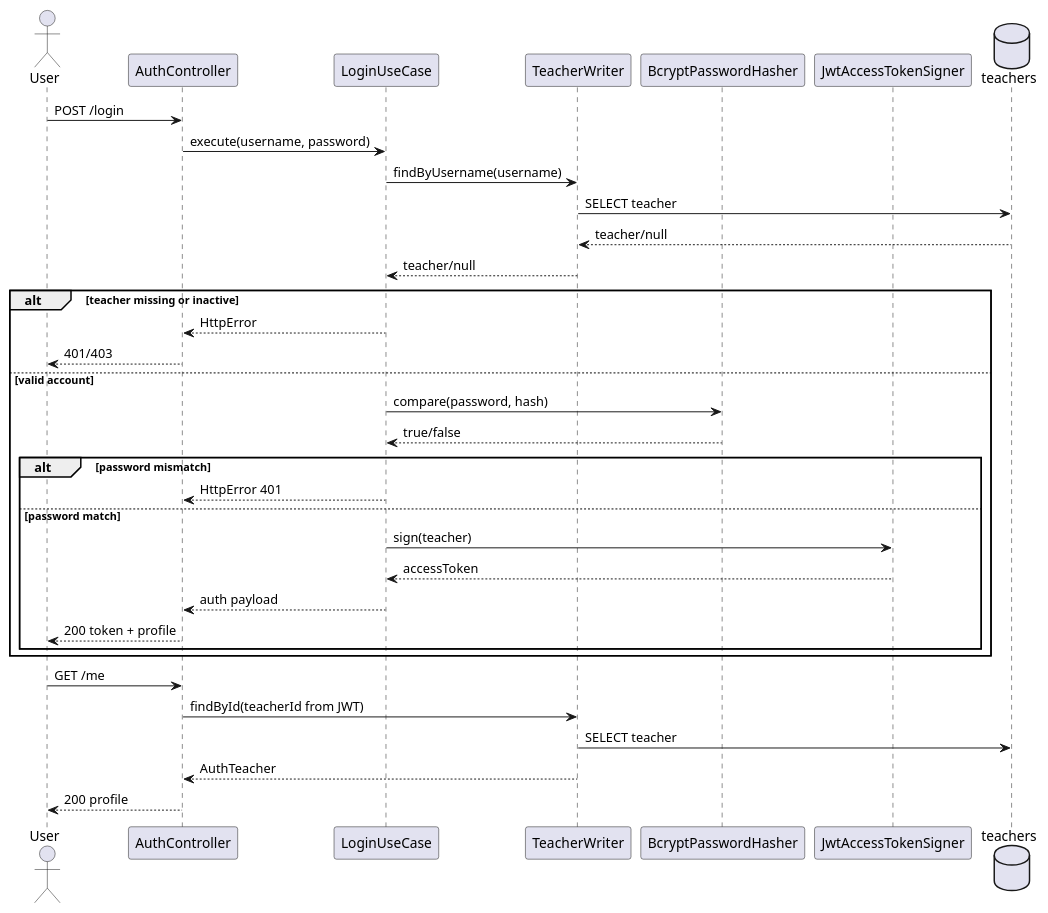
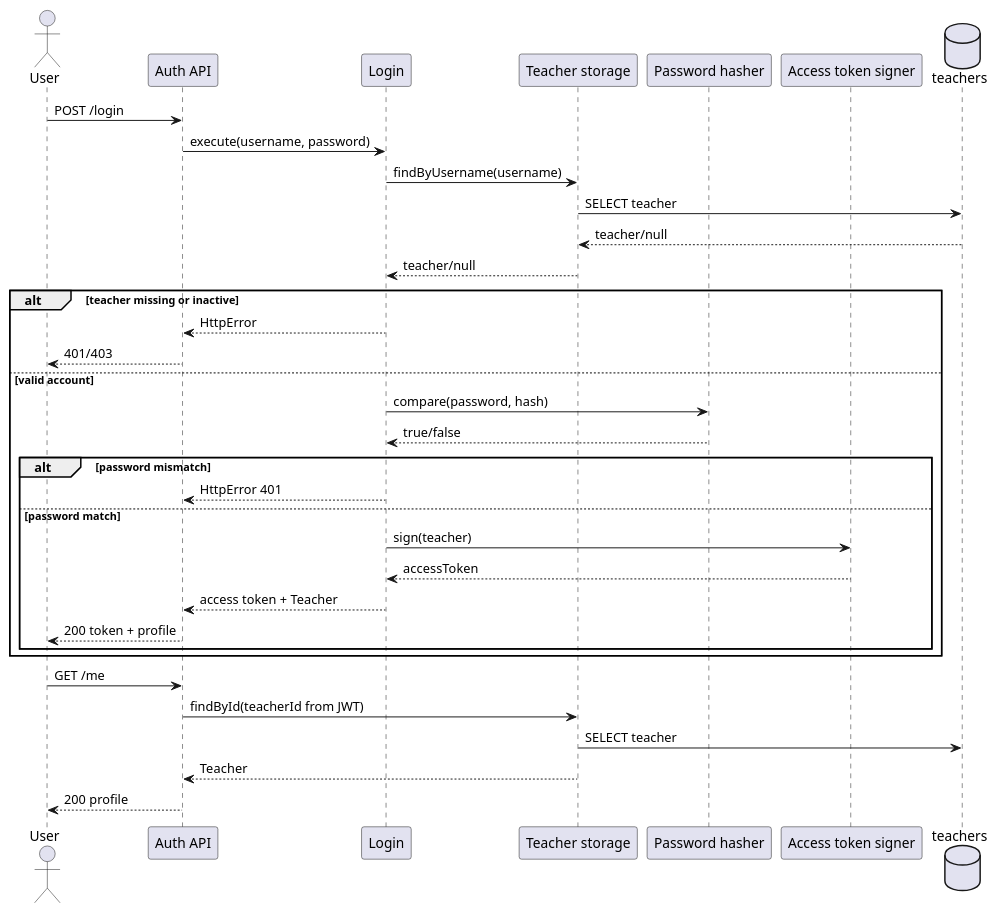
One commit to owlx206/tms-monorepo changed the diagram in uml/sequence/login-auth.puml. Above: the diagram before and after it, drawn with PlantUML. The commit also changed 234 other files, not shown here.

```diff
--- a/uml/sequence/login-auth.puml
+++ b/uml/sequence/login-auth.puml
@@ -1,36 +1,36 @@
 @startuml
 actor User
-participant "AuthController" as C
-participant "LoginUseCase" as U
-participant "TeacherWriter" as W
-participant "BcryptPasswordHasher" as H
-participant "JwtAccessTokenSigner" as J
+participant "Auth API" as C
+participant "Login" as U
+participant "Teacher storage" as W
+participant "Password hasher" as H
+participant "Access token signer" as J
 database "teachers" as DB
 User -> C : POST /login
 C -> U : execute(username, password)
 U -> W : findByUsername(username)
 W -> DB : SELECT teacher
 DB --> W : teacher/null
 W --> U : teacher/null
 alt teacher missing or inactive
   U --> C : HttpError
   C --> User : 401/403
 else valid account
   U -> H : compare(password, hash)
   H --> U : true/false
   alt password mismatch
     U --> C : HttpError 401
   else password match
     U -> J : sign(teacher)
     J --> U : accessToken
-    U --> C : auth payload
+    U --> C : access token + Teacher
     C --> User : 200 token + profile
   end
 end
 
 User -> C : GET /me
 C -> W : findById(teacherId from JWT)
 W -> DB : SELECT teacher
-W --> C : AuthTeacher
+W --> C : Teacher
 C --> User : 200 profile
 @enduml
```
